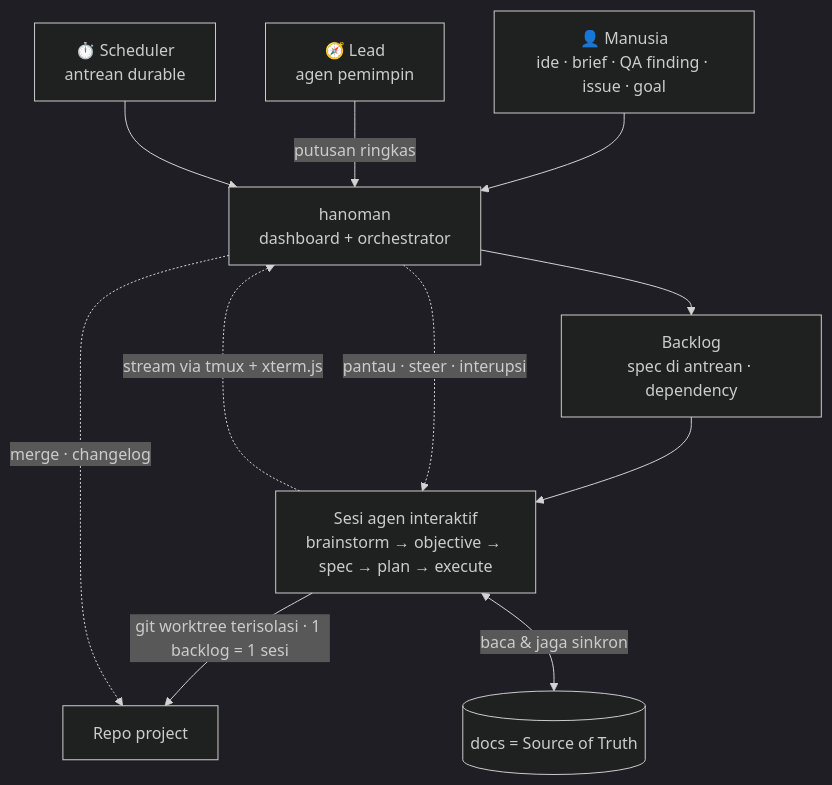
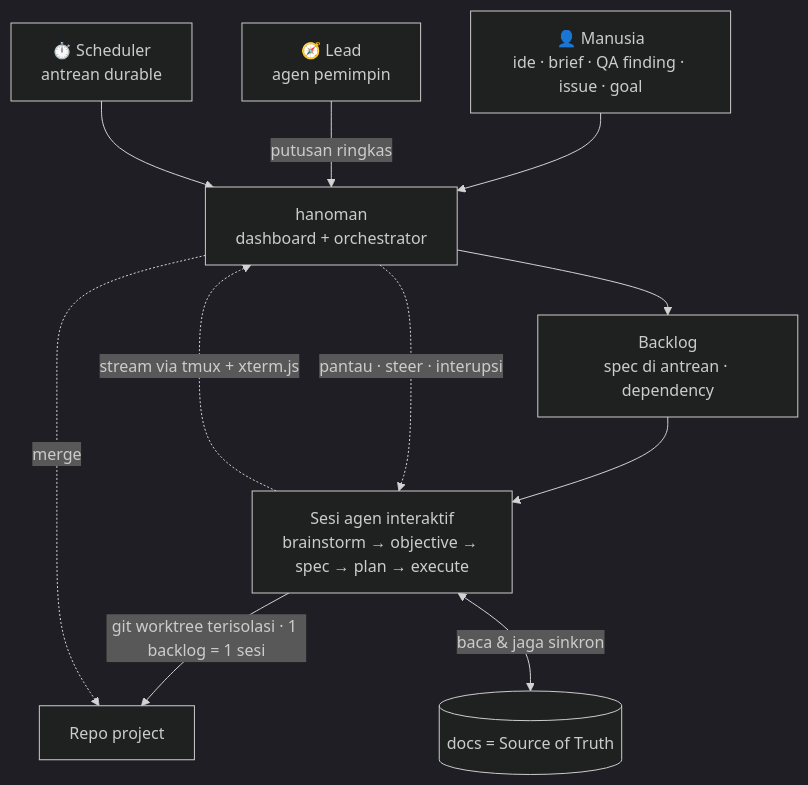
Before and after one commit to denameidina/hanoman: the diagram in README.md, drawn with Mermaid (dark theme). The commit also changed other lines of this file and 140 other files, not shown here.

````diff
--- a/README.md
+++ b/README.md
@@ -38,13 +38,13 @@
 ```mermaid
 flowchart TD
     A["👤 Manusia<br/>ide · brief · QA finding · issue · goal"] --> B["hanoman<br/>dashboard + orchestrator"]
     L["🧭 Lead<br/>agen pemimpin"] -->|"putusan ringkas"| B
     S["⏱️ Scheduler<br/>antrean durable"] --> B
     B --> C["Backlog<br/>spec di antrean · dependency"]
     C --> D["Sesi agen interaktif<br/>brainstorm → objective → spec → plan → execute"]
     D -->|"git worktree terisolasi · 1 backlog = 1 sesi"| E["Repo project"]
     D <-->|"baca & jaga sinkron"| F[("docs = Source of Truth")]
     D -. "stream via tmux + xterm.js" .-> B
     B -. "pantau · steer · interupsi" .-> D
-    B -.->|"merge · changelog"| E
+    B -.->|"merge"| E
 ```
````
